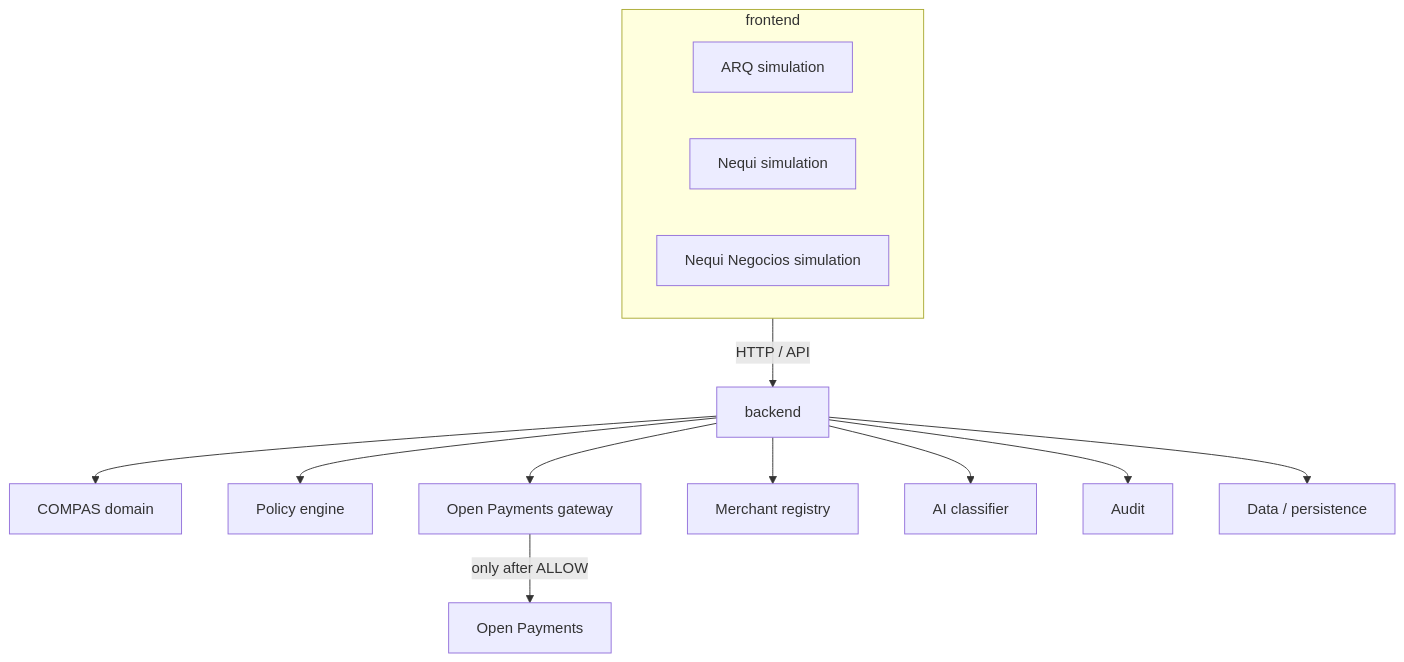
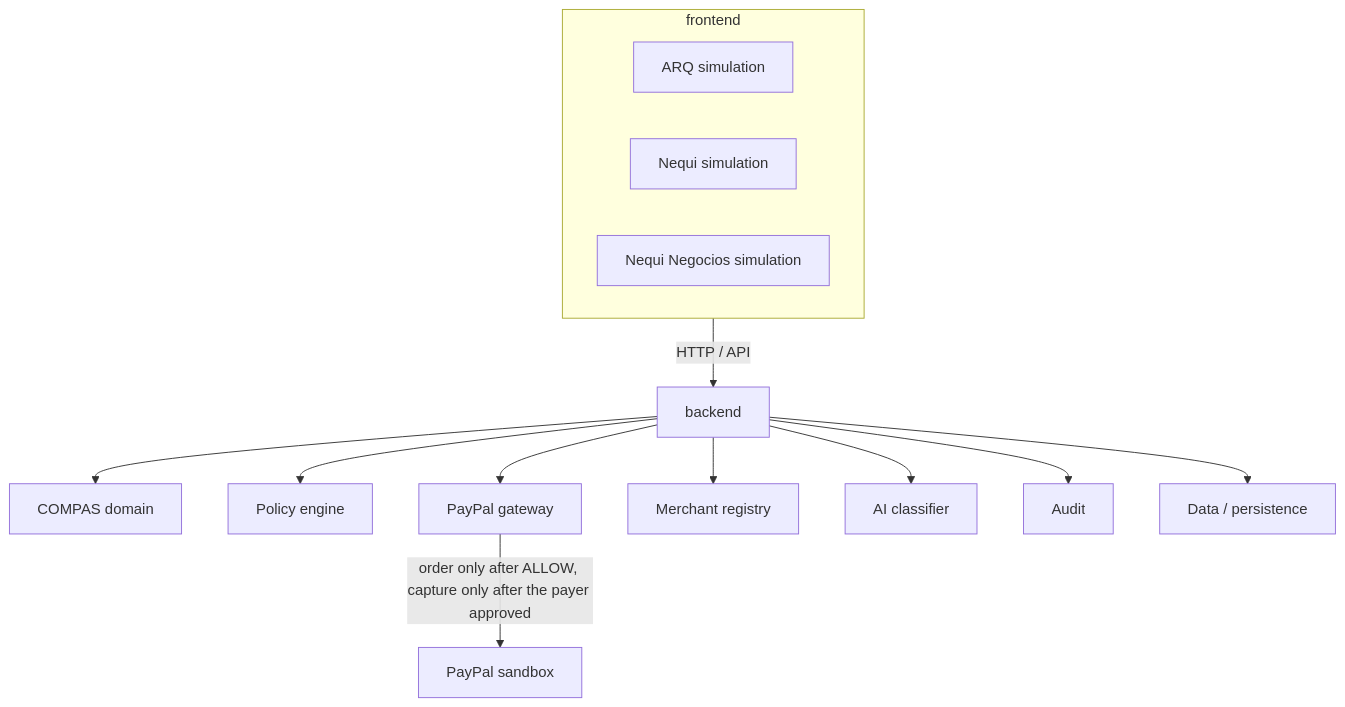
Before and after one commit to Juanqu261/compas-paypal: the first of 4 diagrams in docs/03-architecture.md, drawn with Mermaid. The commit also changed other lines of this file and 25 other files, not shown here.

````diff
--- a/docs/03-architecture.md
+++ b/docs/03-architecture.md
@@ -9,28 +9,28 @@
 ```mermaid
 flowchart TB
   subgraph frontendApp ["frontend"]
     arq["ARQ simulation"]
     nequi["Nequi simulation"]
     business["Nequi Negocios simulation"]
   end
 
   backendApp["backend"]
   domain["COMPAS domain"]
   policy["Policy engine"]
-  gateway["Open Payments gateway"]
+  gateway["PayPal gateway"]
   registry["Merchant registry"]
   classifier["AI classifier"]
   audit["Audit"]
   dataStore["Data / persistence"]
-  openPayments["Open Payments"]
+  paypal["PayPal sandbox"]
 
   frontendApp -->|"HTTP / API"| backendApp
   backendApp --> domain
   backendApp --> policy
   backendApp --> gateway
   backendApp --> registry
   backendApp --> classifier
   backendApp --> audit
   backendApp --> dataStore
-  gateway -->|"only after ALLOW"| openPayments
+  gateway -->|"order only after ALLOW, capture only after the payer approved"| paypal
 ```
````
